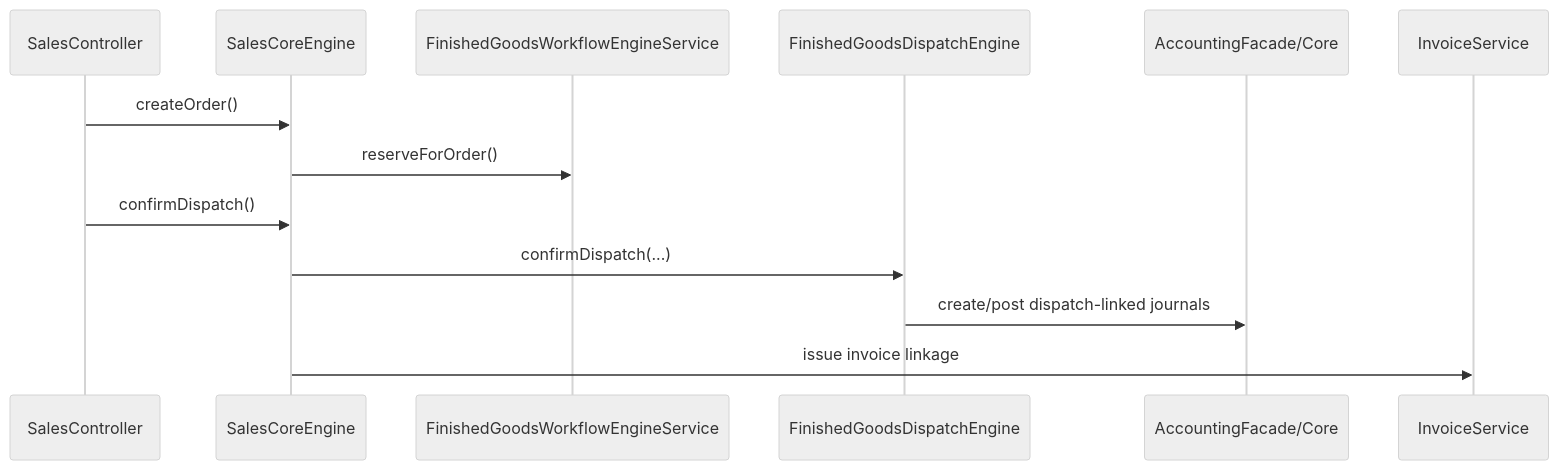
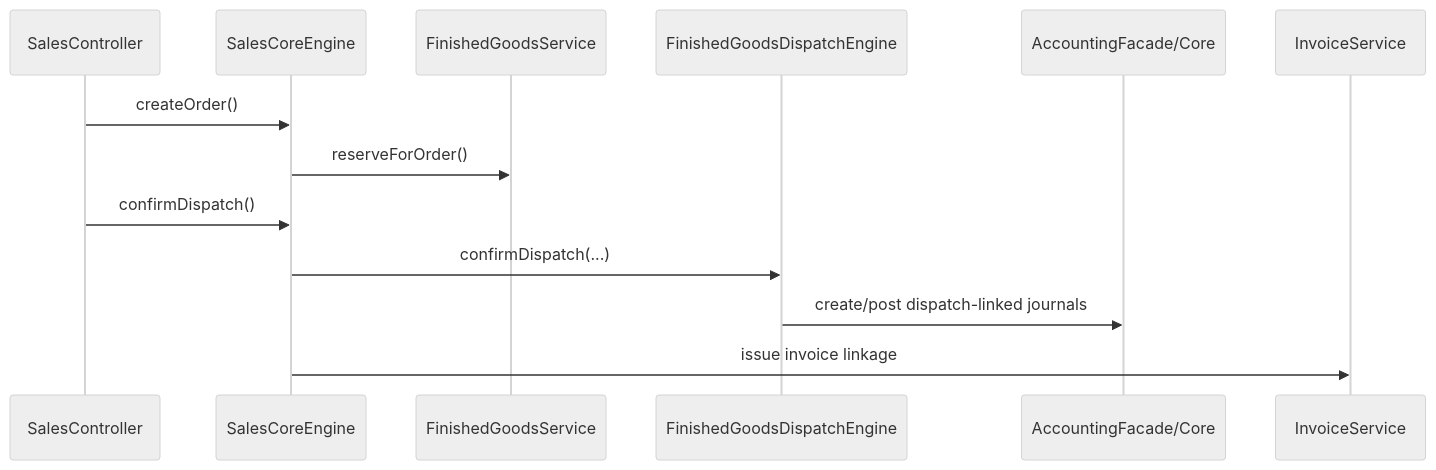
The second of 8 diagrams in docs/architecture.md (evilfps/bigbrightpaints-erp), drawn with Mermaid (neutral theme) before and after one commit. The commit also changed 10 other files, not shown here.

````diff
--- a/docs/architecture.md
+++ b/docs/architecture.md
@@ -54,16 +54,16 @@
 ```mermaid
 sequenceDiagram
     participant C as SalesController
     participant S as SalesCoreEngine
-    participant I as FinishedGoodsWorkflowEngineService
+    participant I as FinishedGoodsService
     participant D as FinishedGoodsDispatchEngine
     participant A as AccountingFacade/Core
     participant V as InvoiceService
 
     C->>S: createOrder()
     S->>I: reserveForOrder()
     C->>S: confirmDispatch()
     S->>D: confirmDispatch(...)
     D->>A: create/post dispatch-linked journals
     S->>V: issue invoice linkage
 ```
````
